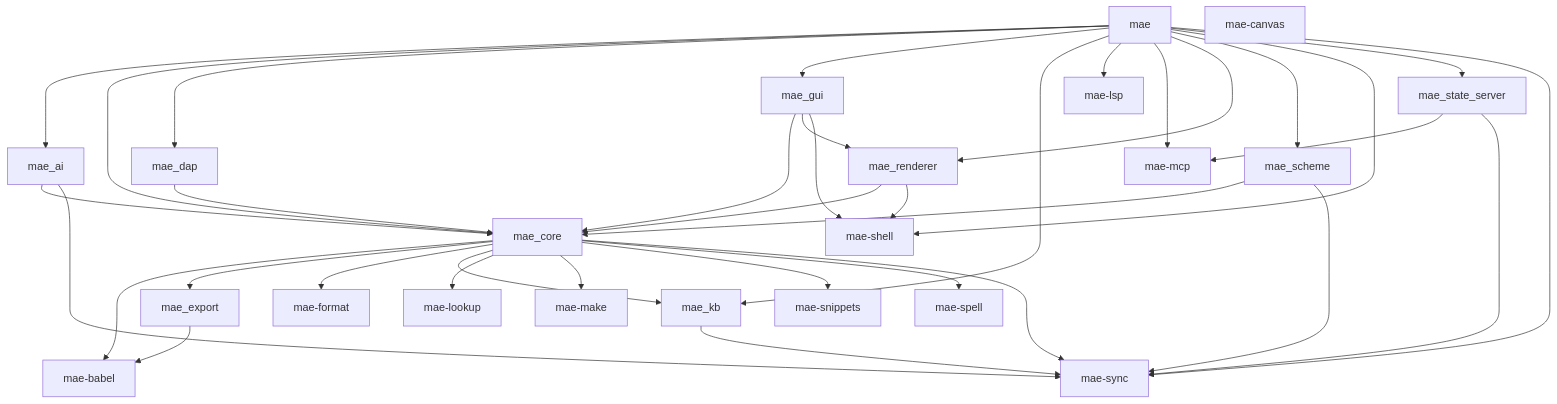
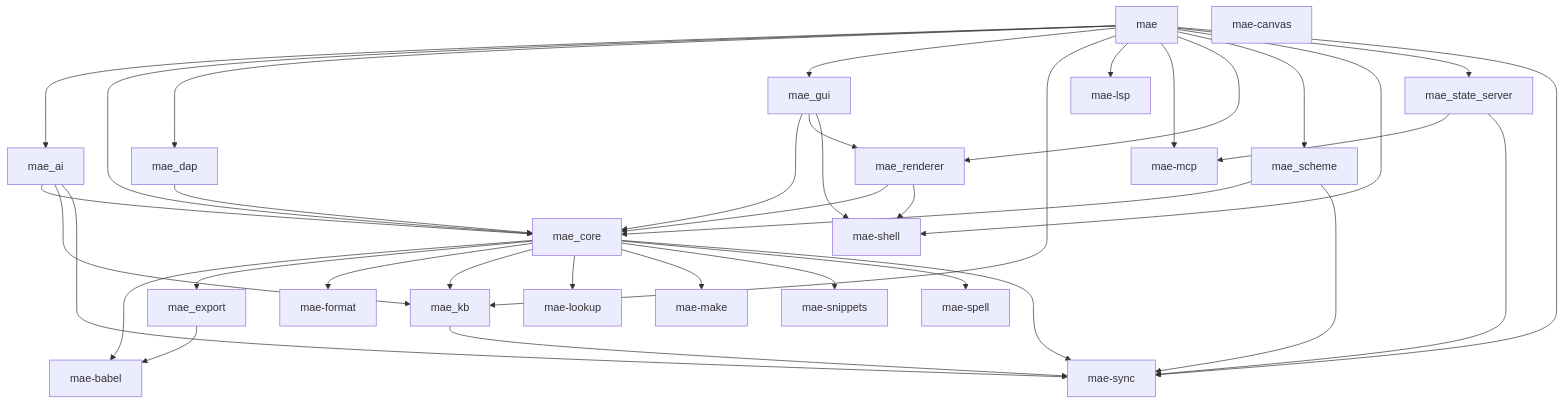
The diagram in docs/CODE_MAP.md (cuttlefisch/mae), drawn with Mermaid before and after one commit. The commit also changed 9 other files, not shown here.

First line of the commit message:
feat(kb): AI tools for graph KB + Phase I validation suite

````diff
--- a/docs/CODE_MAP.md
+++ b/docs/CODE_MAP.md
@@ -7,49 +7,50 @@
 ```mermaid
 graph TD
     mae --> mae_ai
     mae --> mae_core
     mae --> mae_dap
     mae --> mae_gui
     mae --> mae_kb
     mae --> mae_lsp
     mae --> mae_mcp
     mae --> mae_renderer
     mae --> mae_scheme
     mae --> mae_shell
     mae --> mae_state_server
     mae --> mae_sync
     mae_ai --> mae_core
+    mae_ai --> mae_kb
     mae_ai --> mae_sync
     mae_babel[mae-babel]
     mae_canvas[mae-canvas]
     mae_core --> mae_babel
     mae_core --> mae_export
     mae_core --> mae_format
     mae_core --> mae_kb
     mae_core --> mae_lookup
     mae_core --> mae_make
     mae_core --> mae_snippets
     mae_core --> mae_spell
     mae_core --> mae_sync
     mae_dap --> mae_core
     mae_export --> mae_babel
     mae_format[mae-format]
     mae_gui --> mae_core
     mae_gui --> mae_renderer
     mae_gui --> mae_shell
     mae_kb --> mae_sync
     mae_lookup[mae-lookup]
     mae_lsp[mae-lsp]
     mae_make[mae-make]
     mae_mcp[mae-mcp]
     mae_renderer --> mae_core
     mae_renderer --> mae_shell
     mae_scheme --> mae_core
     mae_scheme --> mae_sync
     mae_shell[mae-shell]
     mae_snippets[mae-snippets]
     mae_spell[mae-spell]
     mae_state_server --> mae_mcp
     mae_state_server --> mae_sync
     mae_sync[mae-sync]
 ```
````
